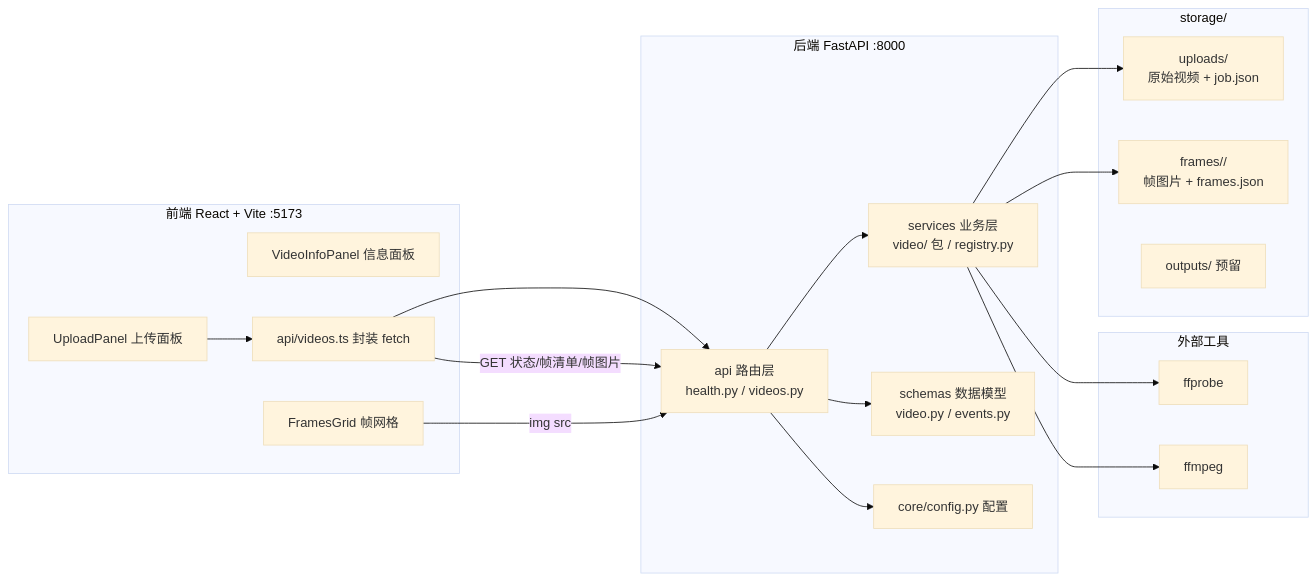
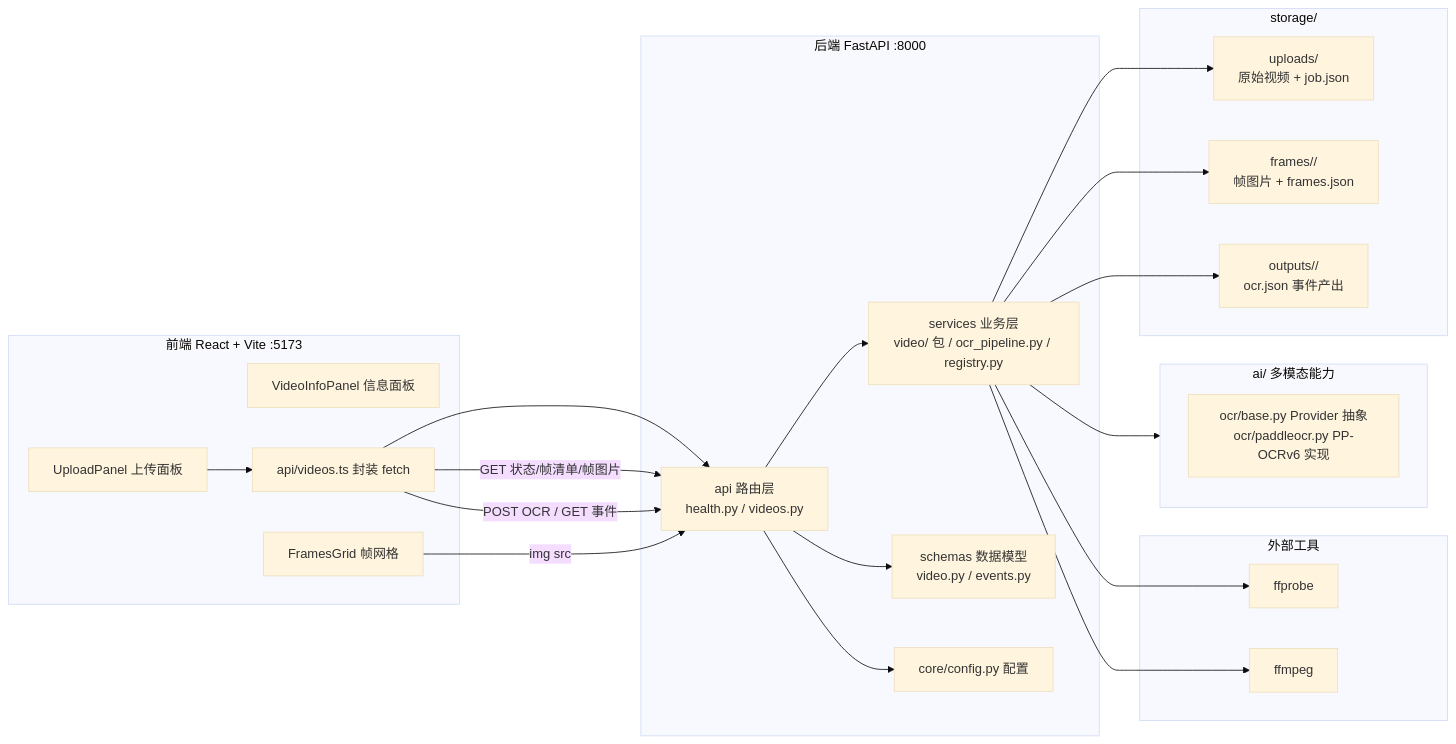
The diagram in docs/architecture.md (NCHU-2026-AI-Competition-Team/ai-comic-review), drawn with Mermaid (base theme) before and after one commit. The commit also changed other lines of this file and 1 other file, not shown here.

First line of the commit message:
docs: 架构说明与 README 补 OCR 分支

````diff
--- a/docs/architecture.md
+++ b/docs/architecture.md
@@ -5,38 +5,45 @@
 ```mermaid
 flowchart LR
     subgraph 前端[前端 React + Vite :5173]
         UP[UploadPanel 上传面板]
         VP[VideoInfoPanel 信息面板]
         FG[FramesGrid 帧网格]
         API[api/videos.ts 封装 fetch]
     end
 
     subgraph 后端[后端 FastAPI :8000]
         ROUTE[api 路由层<br/>health.py / videos.py]
-        SVC[services 业务层<br/>video/ 包 / registry.py]
+        SVC[services 业务层<br/>video/ 包 / ocr_pipeline.py / registry.py]
         SCHEMA[schemas 数据模型<br/>video.py / events.py]
         CFG[core/config.py 配置]
+    end
+
+    subgraph AI[ai/ 多模态能力]
+        OCRP[ocr/base.py Provider 抽象<br/>ocr/paddleocr.py PP-OCRv6 实现]
     end
 
     subgraph 外部工具
         FFP[ffprobe]
         FFM[ffmpeg]
     end
 
     subgraph 磁盘[storage/]
         UPL[uploads/<br/>原始视频 + job.json]
         FRM[frames/<video_id>/<br/>帧图片 + frames.json]
-        OUT[outputs/ 预留]
+        OUT[outputs/<video_id>/<br/>ocr.json 事件产出]
     end
 
     UP --> API --> ROUTE
     ROUTE --> SVC
+    SVC --> AI
     SVC --> FFP
     SVC --> FFM
     SVC --> UPL
     SVC --> FRM
+    SVC --> OUT
     ROUTE --> SCHEMA
     ROUTE --> CFG
     API -->|GET 状态/帧清单/帧图片| ROUTE
+    API -->|POST OCR / GET 事件| ROUTE
     FG -->|img src| ROUTE
 ```
````
